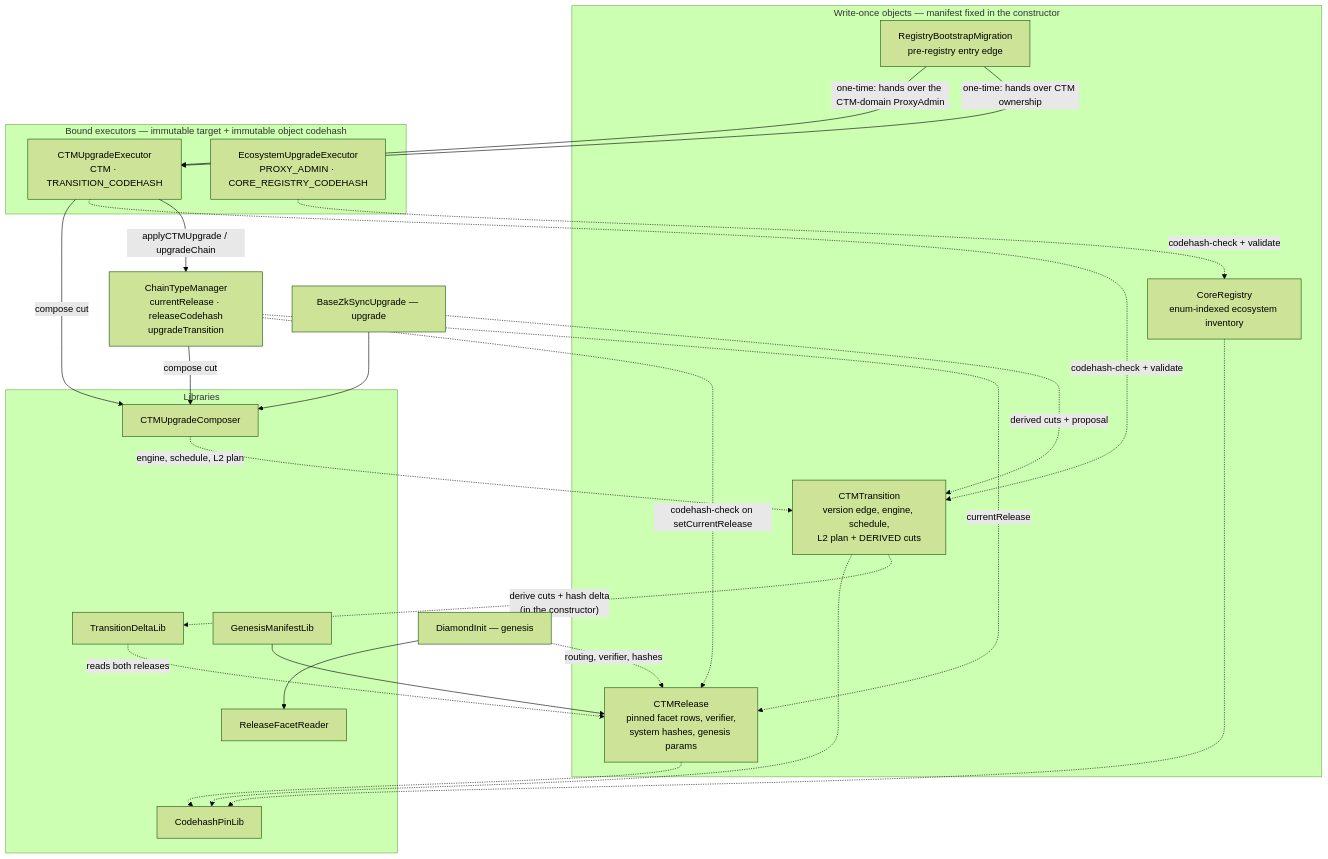
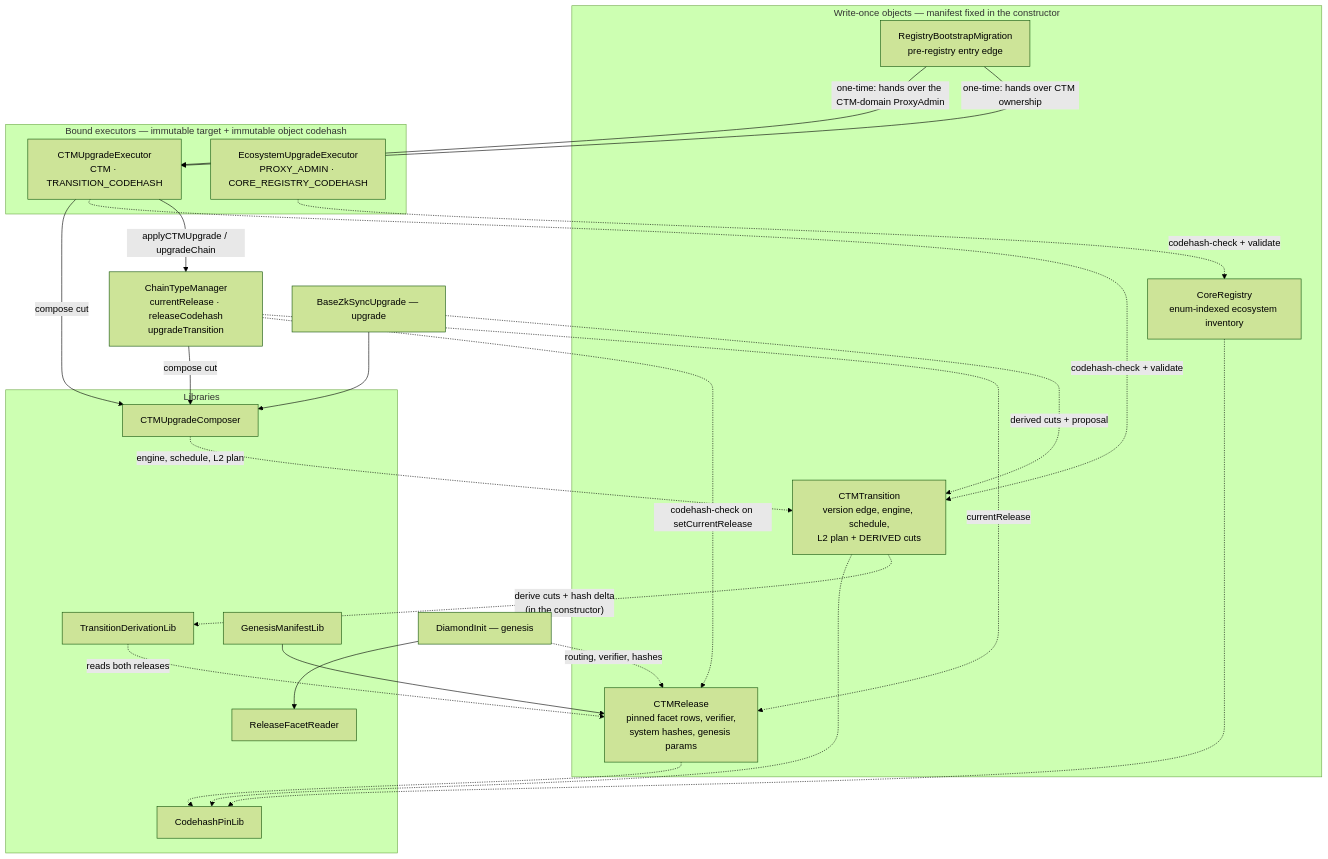
Before and after one commit to matter-labs/era-contracts: the first of 3 diagrams in docs/registry-driven-upgrades.md, drawn with Mermaid (forest theme). The commit also changed other lines of this file and 23 other files, not shown here.

````diff
--- a/docs/registry-driven-upgrades.md
+++ b/docs/registry-driven-upgrades.md
@@ -97,51 +97,51 @@
 ```mermaid
 flowchart TB
     subgraph obj["Write-once objects — manifest fixed in the constructor"]
       REL["CTMRelease<br/>pinned facet rows, verifier,<br/>system hashes, genesis params"]
       TRA["CTMTransition<br/>version edge, engine, schedule,<br/>L2 plan + DERIVED cuts"]
       CR["CoreRegistry<br/>enum-indexed ecosystem inventory"]
       BOOT["RegistryBootstrapMigration<br/>pre-registry entry edge"]
     end
 
     subgraph exe["Bound executors — immutable target + immutable object codehash"]
       CE["CTMUpgradeExecutor<br/>CTM · TRANSITION_CODEHASH"]
       EE["EcosystemUpgradeExecutor<br/>PROXY_ADMIN · CORE_REGISTRY_CODEHASH"]
     end
 
     subgraph lib["Libraries"]
-      TDL["TransitionDeltaLib"]
+      TDL["TransitionDerivationLib"]
       RFR["ReleaseFacetReader"]
       CUC["CTMUpgradeComposer"]
       GML["GenesisManifestLib"]
       CPL["CodehashPinLib"]
     end
 
     CTM["ChainTypeManager<br/>currentRelease · releaseCodehash<br/>upgradeTransition"]
     DI["DiamondInit — genesis"]
     BZU["BaseZkSyncUpgrade — upgrade"]
 
     GML --> REL
     TRA -. "derive cuts + hash delta<br/>(in the constructor)" .-> TDL
     TDL -. "reads both releases" .-> REL
 
     CE -- "applyCTMUpgrade / upgradeChain" --> CTM
     CE -. "codehash-check + validate" .-> TRA
     EE -. "codehash-check + validate" .-> CR
     BOOT -- "one-time: hands over CTM ownership" --> CE
     BOOT -- "one-time: hands over the CTM-domain ProxyAdmin" --> CE
 
     CTM -. currentRelease .-> REL
     CTM -. "codehash-check on setCurrentRelease" .-> REL
     CTM -- "compose cut" --> CUC
     CE -- "compose cut" --> CUC
     CUC -. "engine, schedule, L2 plan" .-> TRA
 
     DI -. "routing, verifier, hashes" .-> REL
     DI --> RFR
     BZU -. "derived cuts + proposal" .-> TRA
     BZU --> CUC
 
     REL -.-> CPL
     TRA -.-> CPL
     CR -.-> CPL
 ```
````
